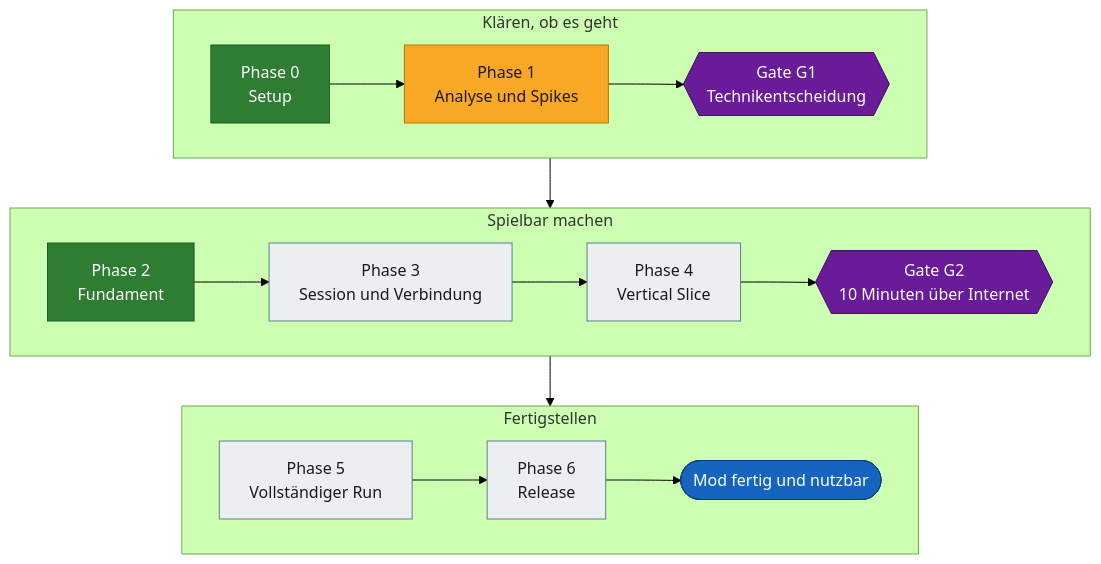
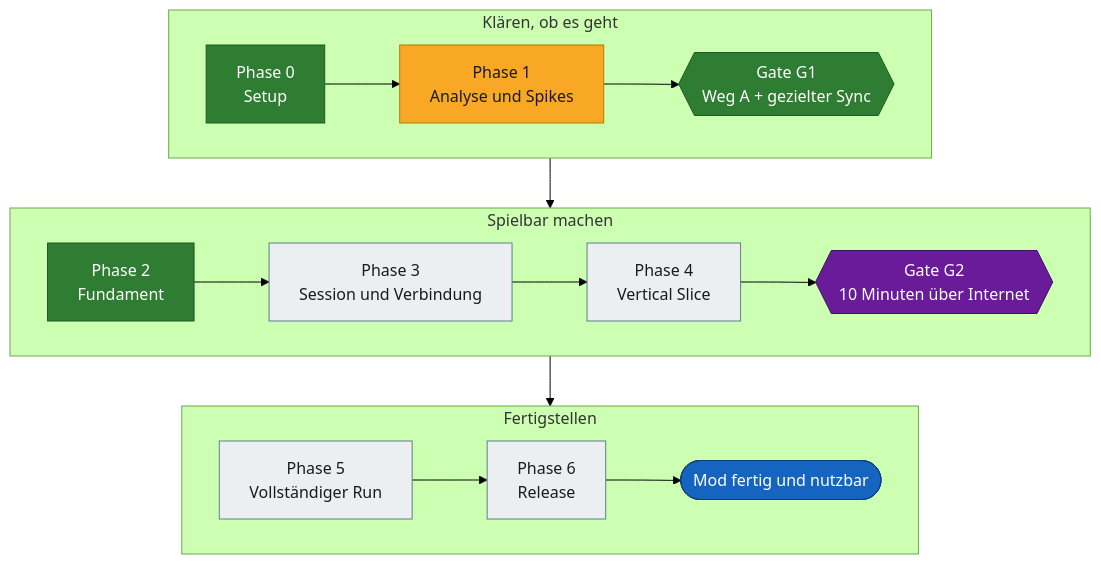
One commit to VitaminStack/Deadly-Days-Roadtrip-Multiplayer-Mod changed the first of 4 diagrams in docs/ROADMAP.md. Above: the diagram before and after it, drawn with Mermaid (forest theme). The commit also changed other lines of this file and 4 other files, not shown here.

Commit message:
gate-g1: Weg A mit gezieltem Sync verbindlich festlegen (#67)

````diff
--- a/docs/ROADMAP.md
+++ b/docs/ROADMAP.md
@@ -48,25 +49,25 @@
 ```mermaid
 flowchart TD
     subgraph A["Klären, ob es geht"]
         direction LR
-        P0["Phase 0<br/>Setup"]:::done --> P1["Phase 1<br/>Analyse und Spikes"]:::wip --> G1{{"Gate G1<br/>Technikentscheidung"}}:::gate
+        P0["Phase 0<br/>Setup"]:::done --> P1["Phase 1<br/>Analyse und Spikes"]:::wip --> G1{{"Gate G1<br/>Weg A + gezielter Sync"}}:::done
     end
 
     subgraph B["Spielbar machen"]
         direction LR
         P2["Phase 2<br/>Fundament"]:::done --> P3["Phase 3<br/>Session und Verbindung"]:::open --> P4["Phase 4<br/>Vertical Slice"]:::open --> G2{{"Gate G2<br/>10 Minuten über Internet"}}:::gate
     end
 
     subgraph C["Fertigstellen"]
         direction LR
         P5["Phase 5<br/>Vollständiger Run"]:::open --> P6["Phase 6<br/>Release"]:::open --> Z(["Mod fertig und nutzbar"]):::goal
     end
 
     A --> B --> C
 
     classDef done fill:#2e7d32,stroke:#1b5e20,color:#ffffff
     classDef wip fill:#f9a825,stroke:#b27a00,color:#1a1a1a
     classDef open fill:#eceff1,stroke:#607d8b,color:#1a1a1a
     classDef gate fill:#6a1b9a,stroke:#3e1163,color:#ffffff
     classDef goal fill:#1565c0,stroke:#0d3c78,color:#ffffff
 ```
````
